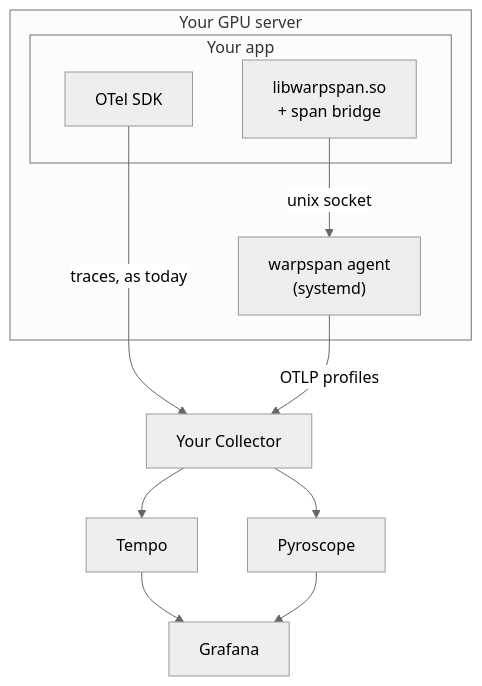
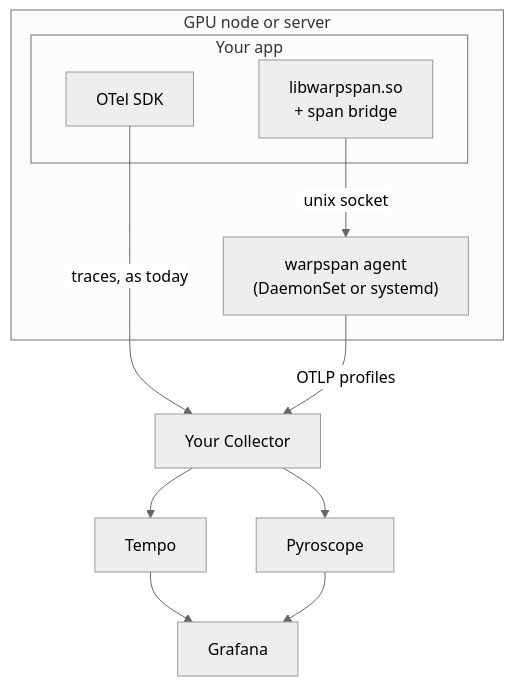
The diagram in docs-site/content/docs/setup.mdx (RazinAI/warpspan), drawn with Mermaid (neutral theme) before and after one commit. The commit also changed other lines of this file and 1 other file, not shown here.

First line of the commit message:
Docs: Kubernetes (Helm) path in the setup guide, next to the Linux server one

````diff
--- a/docs-site/content/docs/setup.mdx
+++ b/docs-site/content/docs/setup.mdx
@@ -10,17 +10,17 @@
 ```mermaid
 flowchart TB
-  subgraph server["Your GPU server"]
+  subgraph node["GPU node or server"]
     subgraph app["Your app"]
       sdk["OTel SDK"]
       lib["libwarpspan.so<br/>+ span bridge"]
     end
-    agent["warpspan agent<br/>(systemd)"]
+    agent["warpspan agent<br/>(DaemonSet or systemd)"]
     lib -- "unix socket" --> agent
   end
   sdk -- "traces, as today" --> collector["Your Collector"]
   agent -- "OTLP profiles" --> collector
   collector --> tempo["Tempo"]
   collector --> pyroscope["Pyroscope"]
   tempo --> grafana["Grafana"]
   pyroscope --> grafana
 ```
````
